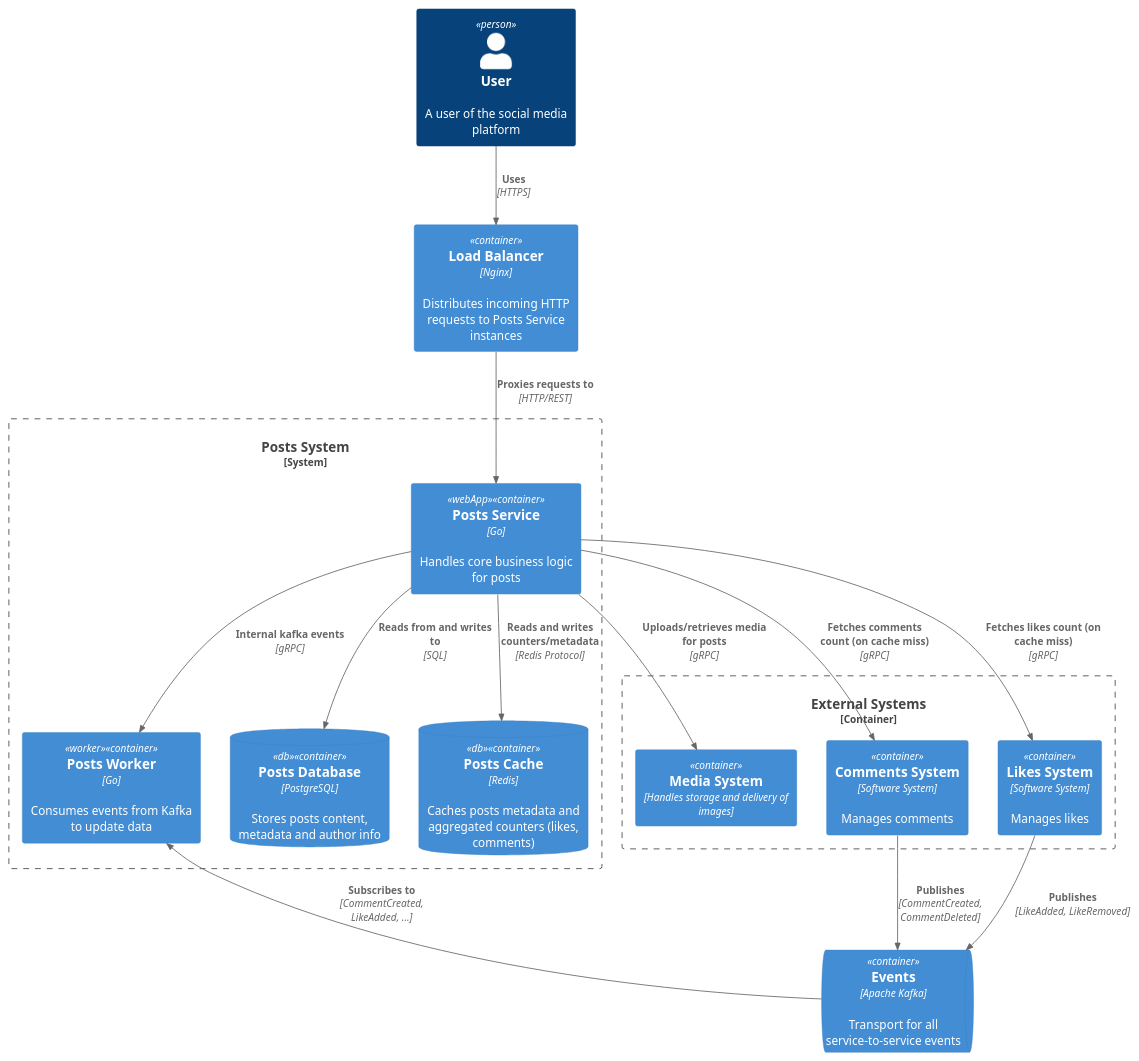
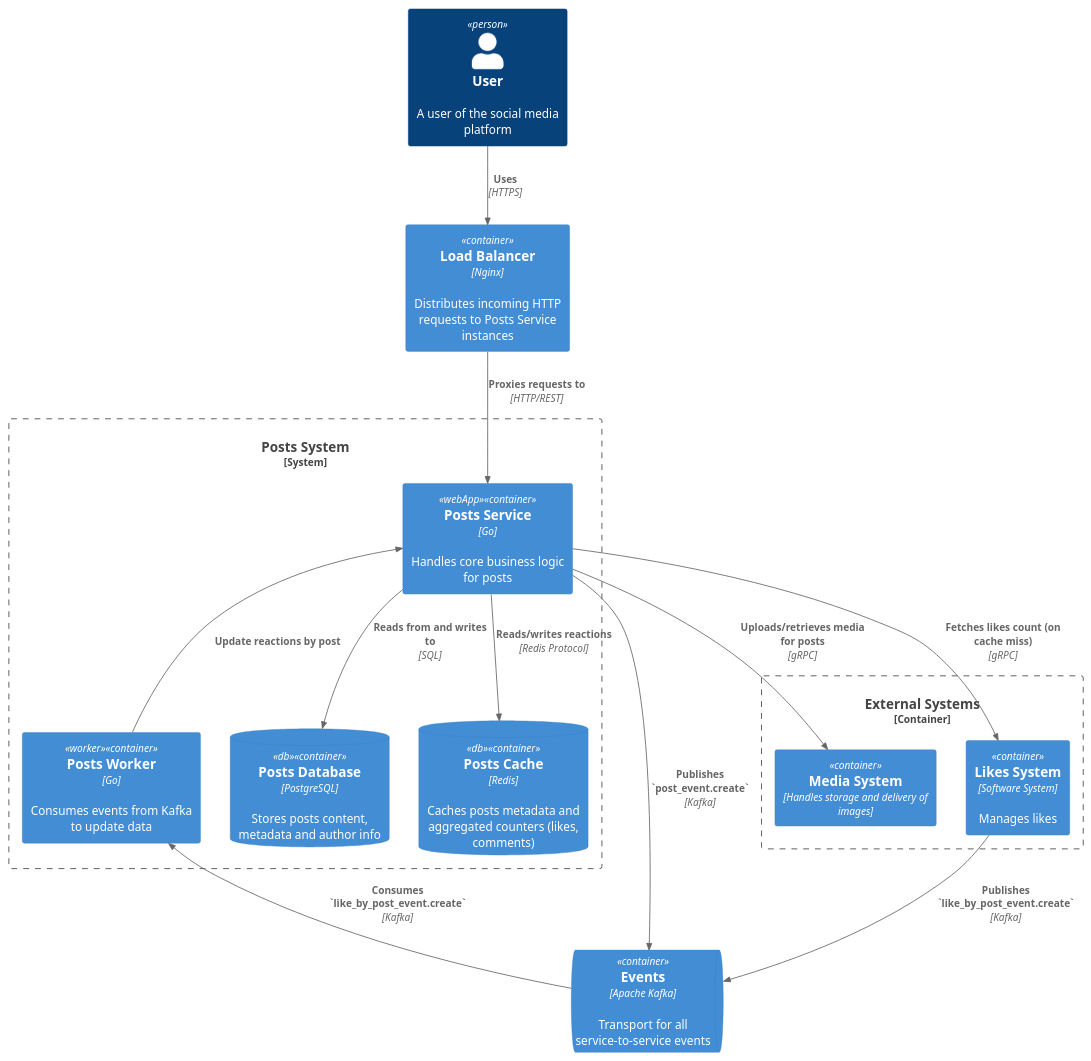
Before and after one commit to Sly-al/social_network_system_design: the diagram in architecture/posts/posts.puml, drawn with PlantUML. The commit also changed 9 other files, not shown here.

```diff
--- a/architecture/posts/posts.puml
+++ b/architecture/posts/posts.puml
@@ -1,39 +1,37 @@
 @startuml
 !include https://raw.githubusercontent.com/plantuml-stdlib/C4-PlantUML/master/C4_Container.puml
 
 
 Person(user, "User", "A user of the social media platform")
 
 Container(loadBalancer, "Load Balancer", "Nginx", "Distributes incoming HTTP requests to Posts Service instances")
 
 System_Boundary(postsSystem, "Posts System") {
     Container(postsService, "Posts Service", "Go", "Handles core business logic for posts", $tags="webApp")
     Container(postsWorker, "Posts Worker", "Go", "Consumes events from Kafka to update data", $tags="worker")
     ContainerDb(postsDatabase, "Posts Database", "PostgreSQL", "Stores posts content, metadata and author info", $tags="db")
     ContainerDb(postsCache, "Posts Cache", "Redis", "Caches posts metadata and aggregated counters (likes, comments)", $tags="db")
 }
 
 Container_Boundary(externalSystems, "External Systems") {
     Container(mediaSystem, "Media System", "Handles storage and delivery of images")
-    Container(commentsSystem, "Comments System", "Software System", "Manages comments")
     Container(likesSystem, "Likes System", "Software System", "Manages likes")
 }
 
 ContainerQueue(messageQueue, "Events", "Apache Kafka", "Transport for all service-to-service events")
 
 Rel(user, loadBalancer, "Uses", "HTTPS")
 Rel(loadBalancer, postsService, "Proxies requests to", "HTTP/REST")
 
 Rel(postsService, postsDatabase, "Reads from and writes to", "SQL")
-Rel(postsService, postsCache, "Reads and writes counters/metadata", "Redis Protocol")
-Rel(postsService, postsWorker, "Internal kafka events", "gRPC")
+Rel(postsService, postsCache, "Reads/writes reactions", "Redis Protocol")
+Rel_U(postsWorker, postsService, "Update reactions by post")
+Rel_D(postsService, messageQueue, "Publishes `post_event.create`", "Kafka")
 
 Rel(postsService, mediaSystem, "Uploads/retrieves media for posts", "gRPC")
-Rel(postsService, commentsSystem, "Fetches comments count (on cache miss)", "gRPC")
 Rel(postsService, likesSystem, "Fetches likes count (on cache miss)", "gRPC")
 
-Rel(commentsSystem, messageQueue, "Publishes", "CommentCreated, CommentDeleted")
-Rel(likesSystem, messageQueue, "Publishes", "LikeAdded, LikeRemoved")
-Rel(messageQueue, postsWorker, "Subscribes to", "CommentCreated, LikeAdded, ...")
+Rel_D(likesSystem, messageQueue, "Publishes `like_by_post_event.create`", "Kafka")
+Rel_U(messageQueue, postsWorker, "Consumes `like_by_post_event.create`", "Kafka")
 
 @enduml
```
